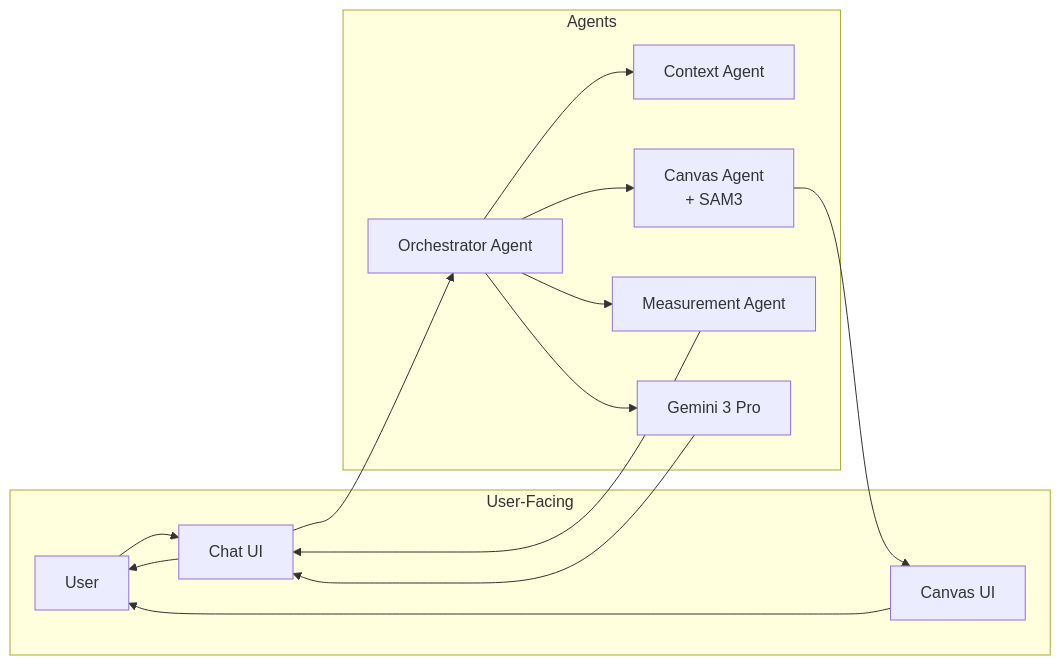
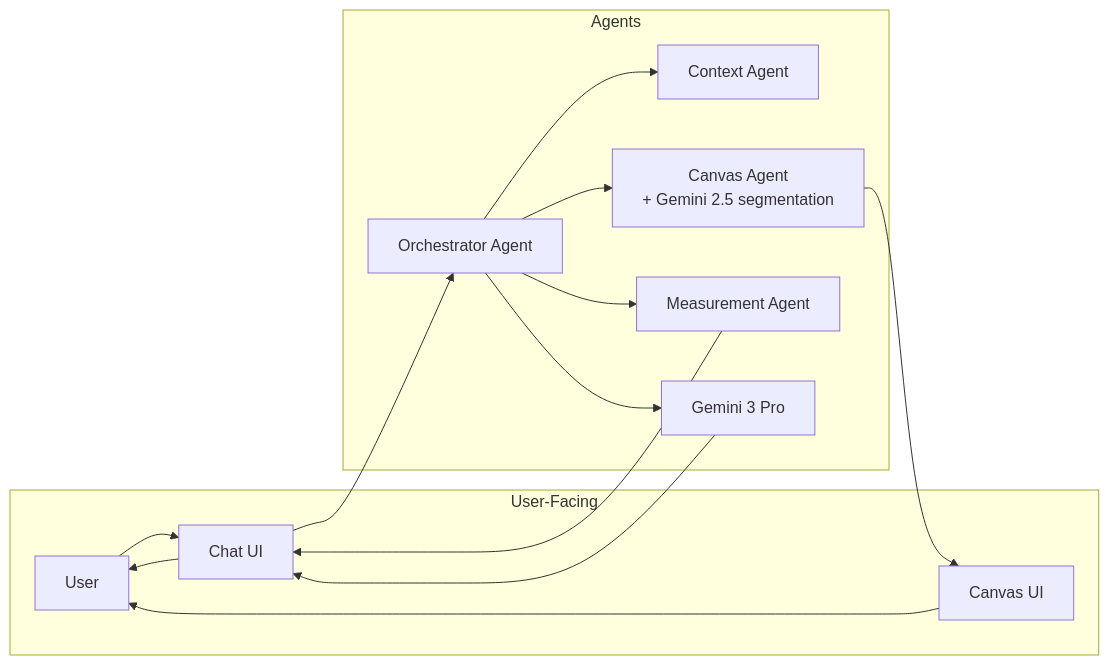
One commit to haowjy/morphiclens changed the sixth of 6 diagrams in _docs/technical/UX-user-flow.md. Above: the diagram before and after it, drawn with Mermaid. The commit also changed other lines of this file and 5 other files, not shown here.

````diff
--- a/_docs/technical/UX-user-flow.md
+++ b/_docs/technical/UX-user-flow.md
@@ -472,30 +469,30 @@
 ```mermaid
 flowchart LR
     subgraph User-Facing
       U[User]
       Chat[Chat UI]
       CanvasUI[Canvas UI]
     end
 
     subgraph Agents
       OA[Orchestrator Agent]
       Ctx[Context Agent]
-      CV[Canvas Agent<br/>+ SAM3]
+      CV[Canvas Agent<br/>+ Gemini 2.5 segmentation]
       M[Measurement Agent]
       LLM[Gemini 3 Pro]
     end
 
     U --> Chat
     Chat --> OA
 
     OA --> Ctx
     OA --> CV
     OA --> M
     OA --> LLM
 
     CV --> CanvasUI
     M --> Chat
     LLM --> Chat
     CanvasUI --> U
     Chat --> U
 ```
````
